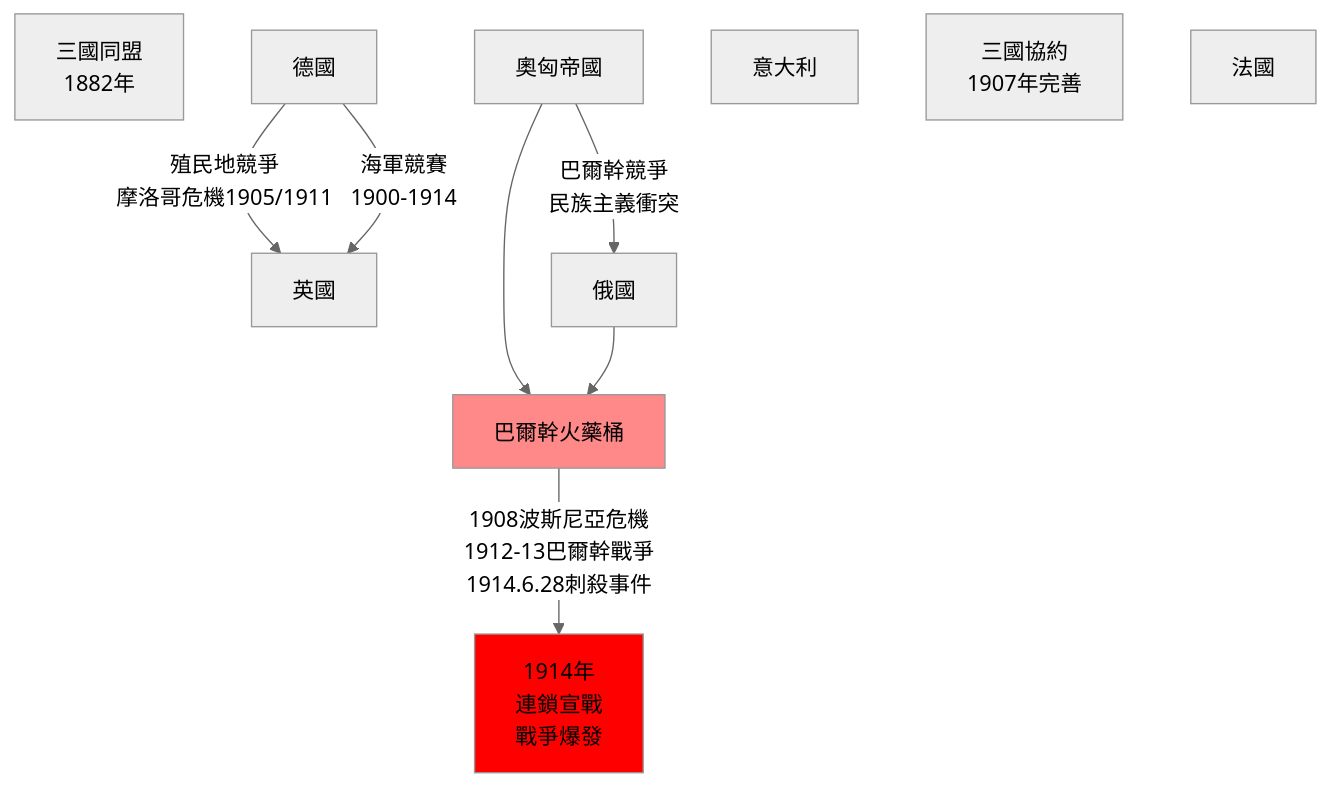
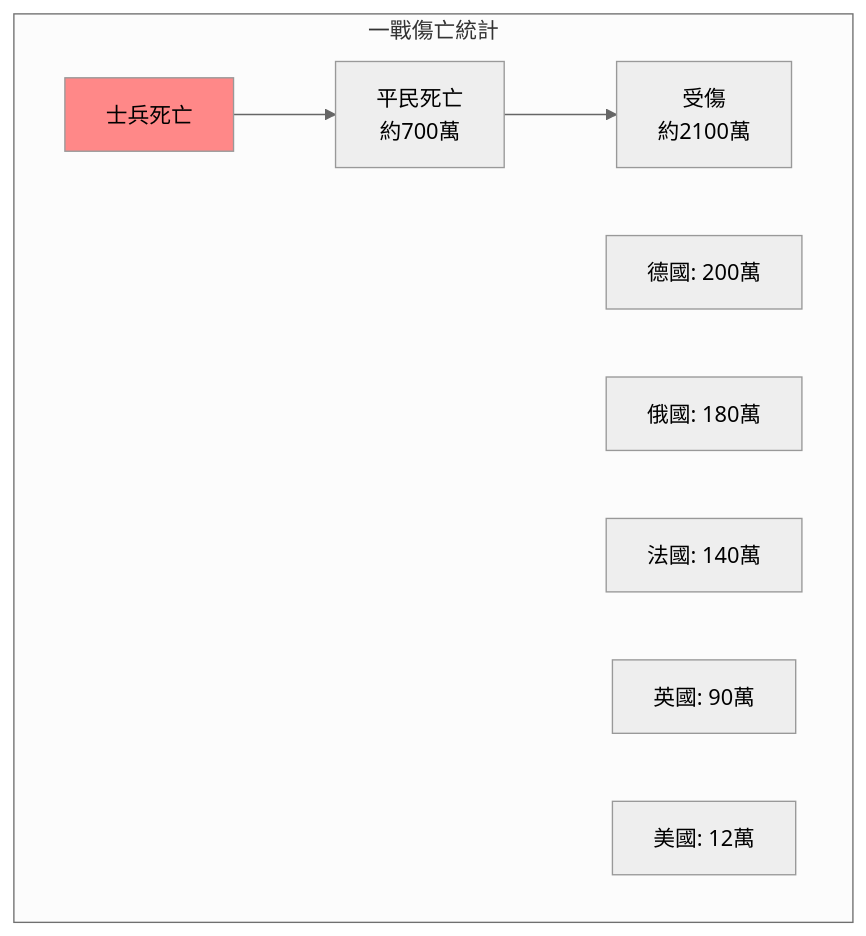
The third of 5 diagrams in 02_Harvard_Courses/101_Foundations/Hist14.md (yip-lgtm/HKU-Harvard-History-Self-Study), drawn with Mermaid (neutral theme) before and after one commit. The commit also changed other lines of this file and 65 other files, not shown here.

````diff
--- a/02_Harvard_Courses/101_Foundations/Hist14.md
+++ b/02_Harvard_Courses/101_Foundations/Hist14.md
@@ -231,25 +136,18 @@
 ```mermaid
 graph TD
-    A["三國同盟\n1882年"]
-    A1["德國"]
-    A2["奧匈帝國"]
-    A3["意大利"]
+    subgraph "一戰傷亡統計"
+        A["士兵死亡"]
+        A1["德國: 200萬"]
+        A2["俄國: 180萬"]
+        A3["法國: 140萬"]
+        A4["英國: 90萬"]
+        A5["美國: 12萬"]
+        
+        B["平民死亡\n約700萬"]
+        
+        C["受傷\n約2100萬"]
+    end
     
-    B["三國協約\n1907年完善"]
-    B1["英國"]
-    B2["法國"]
-    B3["俄國"]
-    
-    A1 -->|"殖民地競爭\n摩洛哥危機1905/1911"| B1
-    A1 -->|"海軍競賽\n1900-1914"| B1
-    A2 -->|"巴爾幹競爭\n民族主義衝突"| B3
-    
-    C["巴爾幹火藥桶"]
-    A2 --> C
-    B3 --> C
-    
-    C -->|"1908波斯尼亞危機\n1912-13巴爾幹戰爭\n1914.6.28刺殺事件"| D["1914年\n連鎖宣戰\n戰爭爆發"]
-    
-    style C fill:#f88
-    style D fill:#f00
+    A --> B --> C
+    style A fill:#f88
 ```
````
